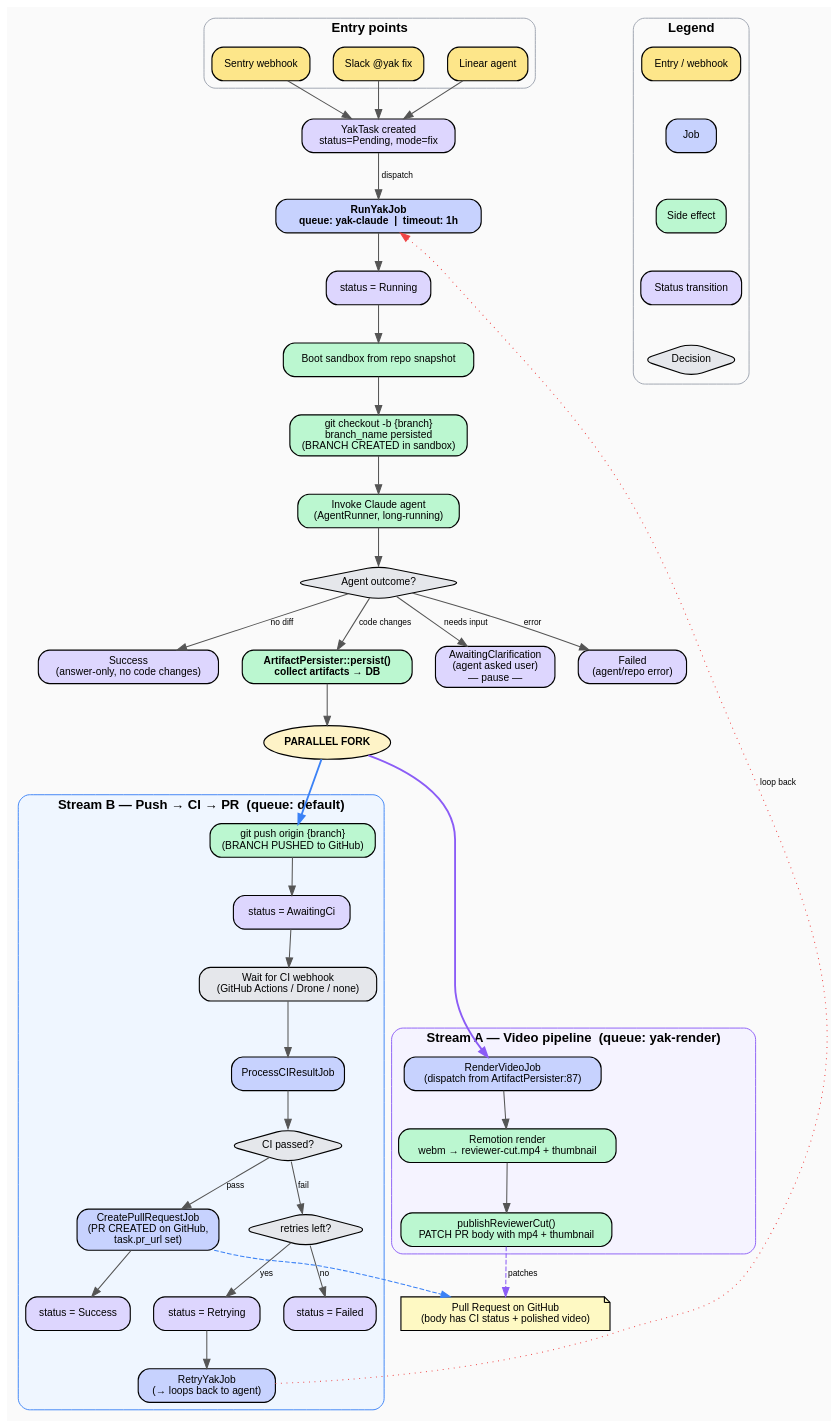
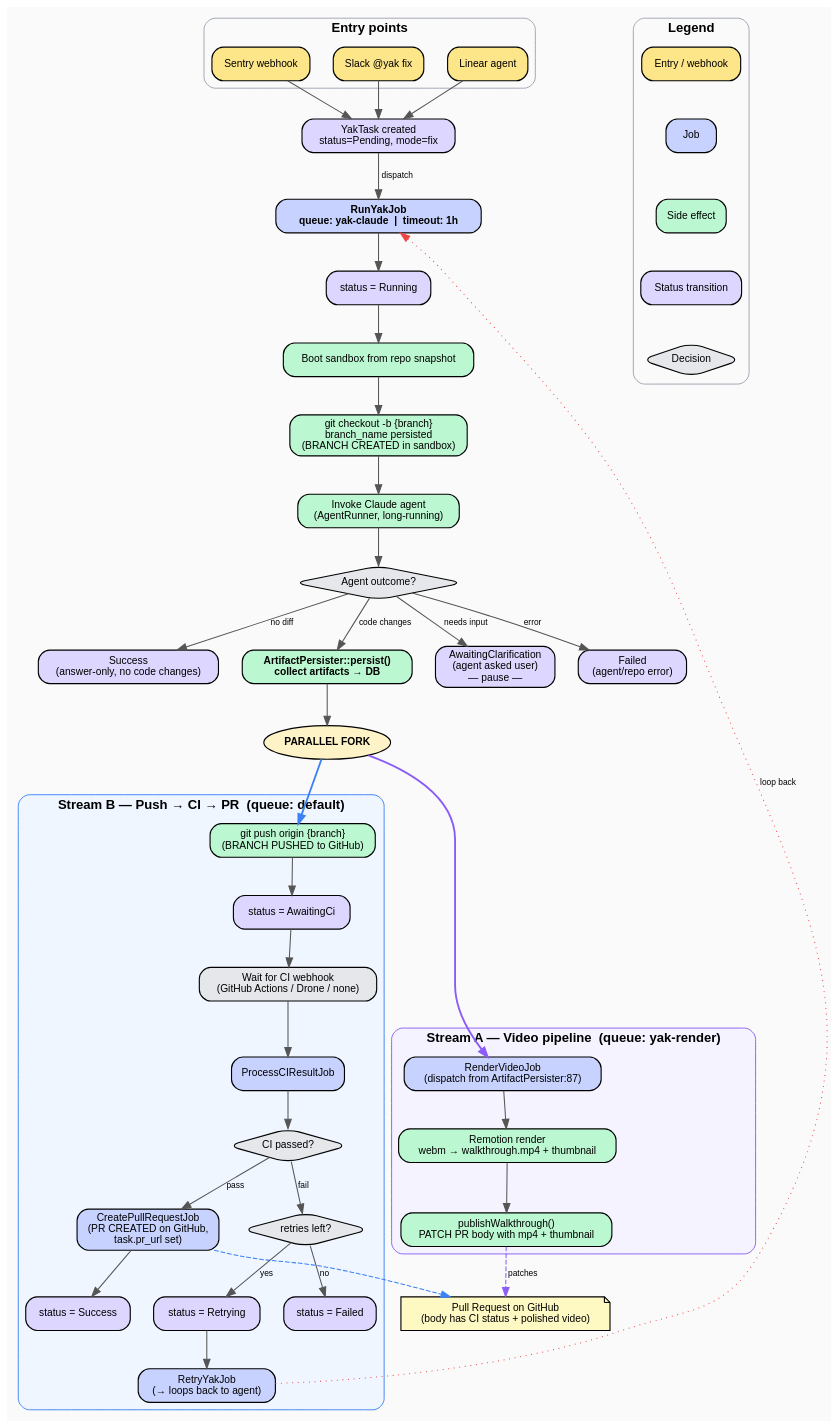
One commit to Geocodio/yak changed the diagram in docs/fix-task-flow.dot. Above: the diagram before and after it, drawn with Graphviz. The commit also changed 1 other file, not shown here.

Commit message:
docs(video): describe one walkthrough per task
Updates docs/fix-task-flow.dot node labels from reviewer-cut.mp4 /
publishReviewerCut() to walkthrough.mp4 / publishWalkthrough(),
matching the Phase 1 rename. Regenerated docs/fix-task-flow.png with
graphviz 14.1.5 (dot -V succeeded). No other docs (README.md,
AGENTS.md, docs/troubleshooting.md, docs/architecture.md) mentioned
the Director's Cut or reviewer-cut naming outside docs/superpowers/,
which is off limits.

Claude-Session: https://claude.ai/code/session_014Nf2yctCzCbsFXgX2Rwhkv

```diff
--- a/docs/fix-task-flow.dot
+++ b/docs/fix-task-flow.dot
@@ -1,148 +1,148 @@
 digraph YakFixFlow {
   rankdir=TB;
   nodesep=0.35;
   ranksep=0.55;
   bgcolor="#fafafa";
   node [fontname="Helvetica", fontsize=11, style="filled,rounded", shape=box, penwidth=1.2];
   edge [fontname="Helvetica", fontsize=9, color="#555555", penwidth=1.1];
 
   // ----- Legend-ish color scheme -----
   // webhooks / entry  : #fde68a  (amber)
   // jobs              : #c7d2fe  (indigo)
   // status            : #ddd6fe  (lavender)
   // side effects      : #bbf7d0  (green)
   // decisions         : #e5e7eb  (gray)
 
   // ==== ENTRY ====
   subgraph cluster_entry {
     label="Entry points";
     style=rounded;
     color="#9ca3af";
     fontname="Helvetica-Bold";
     slack   [label="Slack @yak fix",        fillcolor="#fde68a"];
     linear  [label="Linear agent",          fillcolor="#fde68a"];
     sentry  [label="Sentry webhook",        fillcolor="#fde68a"];
   }
 
   create [label="YakTask created\nstatus=Pending, mode=fix", fillcolor="#ddd6fe"];
 
   slack  -> create;
   linear -> create;
   sentry -> create;
 
   // ==== RUN YAK JOB ====
   runyak [label="RunYakJob\nqueue: yak-claude  |  timeout: 1h",
           fillcolor="#c7d2fe", fontname="Helvetica-Bold"];
   create -> runyak [label="dispatch"];
 
   status_running [label="status = Running", fillcolor="#ddd6fe"];
   runyak -> status_running;
 
   sandbox  [label="Boot sandbox from repo snapshot", fillcolor="#bbf7d0"];
   branch   [label="git checkout -b {branch}\nbranch_name persisted\n(BRANCH CREATED in sandbox)",
             fillcolor="#bbf7d0"];
   agent    [label="Invoke Claude agent\n(AgentRunner, long-running)", fillcolor="#bbf7d0"];
 
   status_running -> sandbox -> branch -> agent;
 
   // ==== AGENT OUTCOMES ====
   decide [label="Agent outcome?", shape=diamond, fillcolor="#e5e7eb"];
   agent -> decide;
 
   clarify [label="AwaitingClarification\n(agent asked user)\n— pause —", fillcolor="#ddd6fe"];
   failed1 [label="Failed\n(agent/repo error)", fillcolor="#ddd6fe"];
   nocode  [label="Success\n(answer-only, no code changes)", fillcolor="#ddd6fe"];
 
   decide -> clarify  [label="needs input"];
   decide -> failed1  [label="error"];
   decide -> nocode   [label="no diff"];
 
   // ==== ARTIFACT PERSIST + FORK ====
   persist [label="ArtifactPersister::persist()\ncollect artifacts → DB",
            fillcolor="#bbf7d0", fontname="Helvetica-Bold"];
   decide -> persist [label="code changes"];
 
   fork [label="PARALLEL FORK", shape=oval, fillcolor="#fef3c7", fontname="Helvetica-Bold"];
   persist -> fork;
 
   // ==== STREAM A: VIDEO ====
   subgraph cluster_A {
     label="Stream A — Video pipeline  (queue: yak-render)";
     style="rounded,filled";
     fillcolor="#f5f3ff";
     color="#8b5cf6";
     fontname="Helvetica-Bold";
 
     render [label="RenderVideoJob\n(dispatch from ArtifactPersister:87)",
             fillcolor="#c7d2fe"];
-    remotion [label="Remotion render\nwebm → reviewer-cut.mp4 + thumbnail",
+    remotion [label="Remotion render\nwebm → walkthrough.mp4 + thumbnail",
               fillcolor="#bbf7d0"];
-    publish [label="publishReviewerCut()\nPATCH PR body with mp4 + thumbnail",
+    publish [label="publishWalkthrough()\nPATCH PR body with mp4 + thumbnail",
              fillcolor="#bbf7d0"];
 
     render -> remotion -> publish;
   }
 
   // ==== STREAM B: CI + PR ====
   subgraph cluster_B {
     label="Stream B — Push → CI → PR  (queue: default)";
     style="rounded,filled";
     fillcolor="#eff6ff";
     color="#3b82f6";
     fontname="Helvetica-Bold";
 
     push       [label="git push origin {branch}\n(BRANCH PUSHED to GitHub)",
                 fillcolor="#bbf7d0"];
     status_aci [label="status = AwaitingCi", fillcolor="#ddd6fe"];
     wait_ci    [label="Wait for CI webhook\n(GitHub Actions / Drone / none)",
                 fillcolor="#e5e7eb"];
     process    [label="ProcessCIResultJob",  fillcolor="#c7d2fe"];
     ci_ok      [label="CI passed?", shape=diamond, fillcolor="#e5e7eb"];
     createpr   [label="CreatePullRequestJob\n(PR CREATED on GitHub,\ntask.pr_url set)",
                 fillcolor="#c7d2fe"];
     status_succ [label="status = Success", fillcolor="#ddd6fe"];
 
     retry_d    [label="retries left?", shape=diamond, fillcolor="#e5e7eb"];
     status_retry [label="status = Retrying", fillcolor="#ddd6fe"];
     retryjob   [label="RetryYakJob\n(→ loops back to agent)",
                 fillcolor="#c7d2fe"];
     status_fail [label="status = Failed", fillcolor="#ddd6fe"];
 
     push -> status_aci -> wait_ci -> process -> ci_ok;
     ci_ok -> createpr    [label="pass"];
     createpr -> status_succ;
 
     ci_ok -> retry_d     [label="fail"];
     retry_d -> status_retry [label="yes"];
     status_retry -> retryjob;
     retry_d -> status_fail  [label="no"];
   }
 
   fork -> render [color="#8b5cf6", penwidth=2];
   fork -> push   [color="#3b82f6", penwidth=2];
 
   // ==== CONVERGENCE ====
   pr_node [label="Pull Request on GitHub\n(body has CI status + polished video)",
            shape=note, fillcolor="#fef9c3"];
   createpr -> pr_node [style=dashed, color="#3b82f6"];
   publish  -> pr_node [style=dashed, color="#8b5cf6", label="patches"];
 
   // RetryYakJob loops back
   retryjob -> runyak [style=dotted, constraint=false,
                       label="loop back", color="#ef4444"];
 
   // Legend
   subgraph cluster_legend {
     label="Legend";
     style=rounded;
     color="#9ca3af";
     fontname="Helvetica-Bold";
     rank=sink;
     l1 [label="Entry / webhook",   fillcolor="#fde68a", shape=box];
     l2 [label="Job",               fillcolor="#c7d2fe", shape=box];
     l3 [label="Side effect",       fillcolor="#bbf7d0", shape=box];
     l4 [label="Status transition", fillcolor="#ddd6fe", shape=box];
     l5 [label="Decision",          fillcolor="#e5e7eb", shape=diamond];
     l1 -> l2 -> l3 -> l4 -> l5 [style=invis];
   }
 }
```
